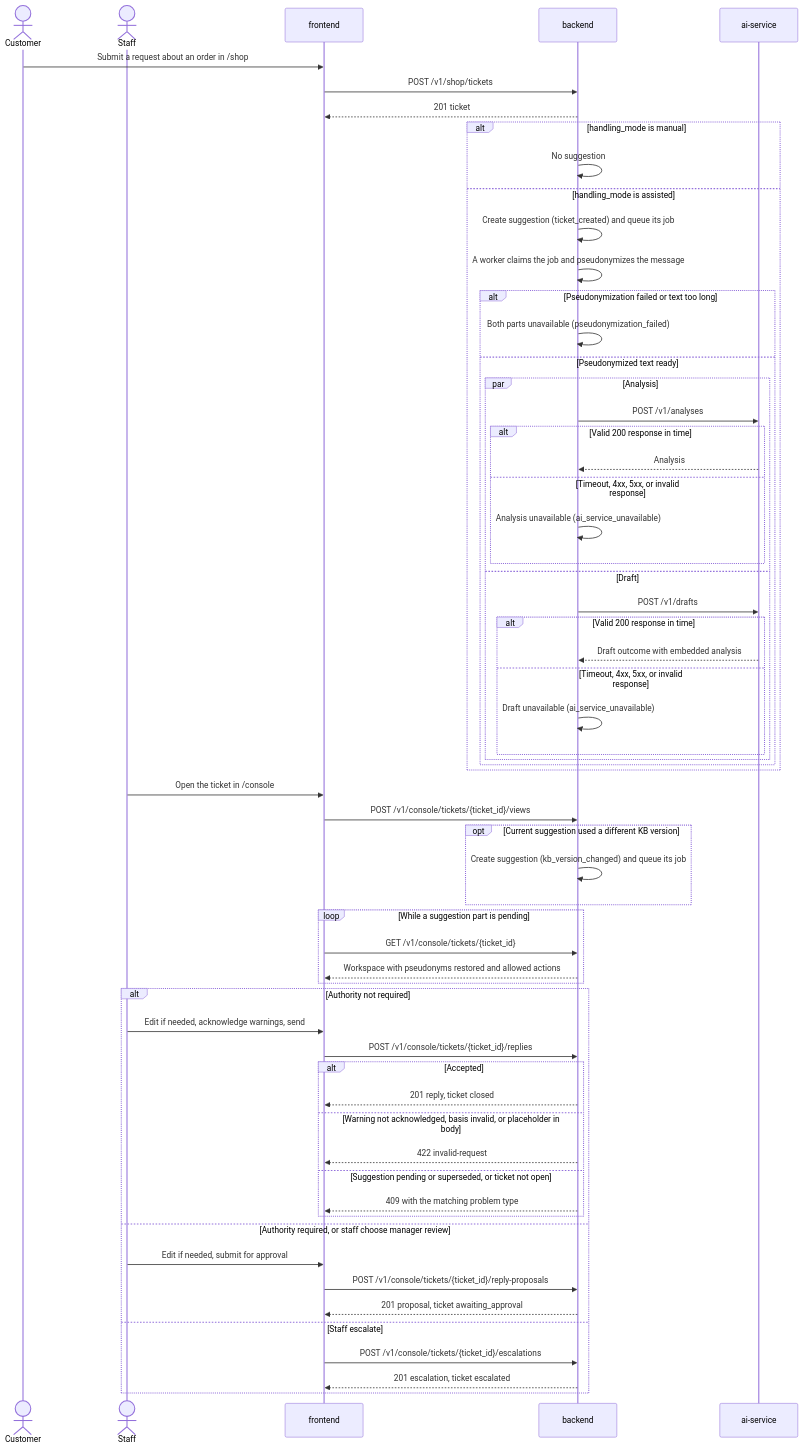
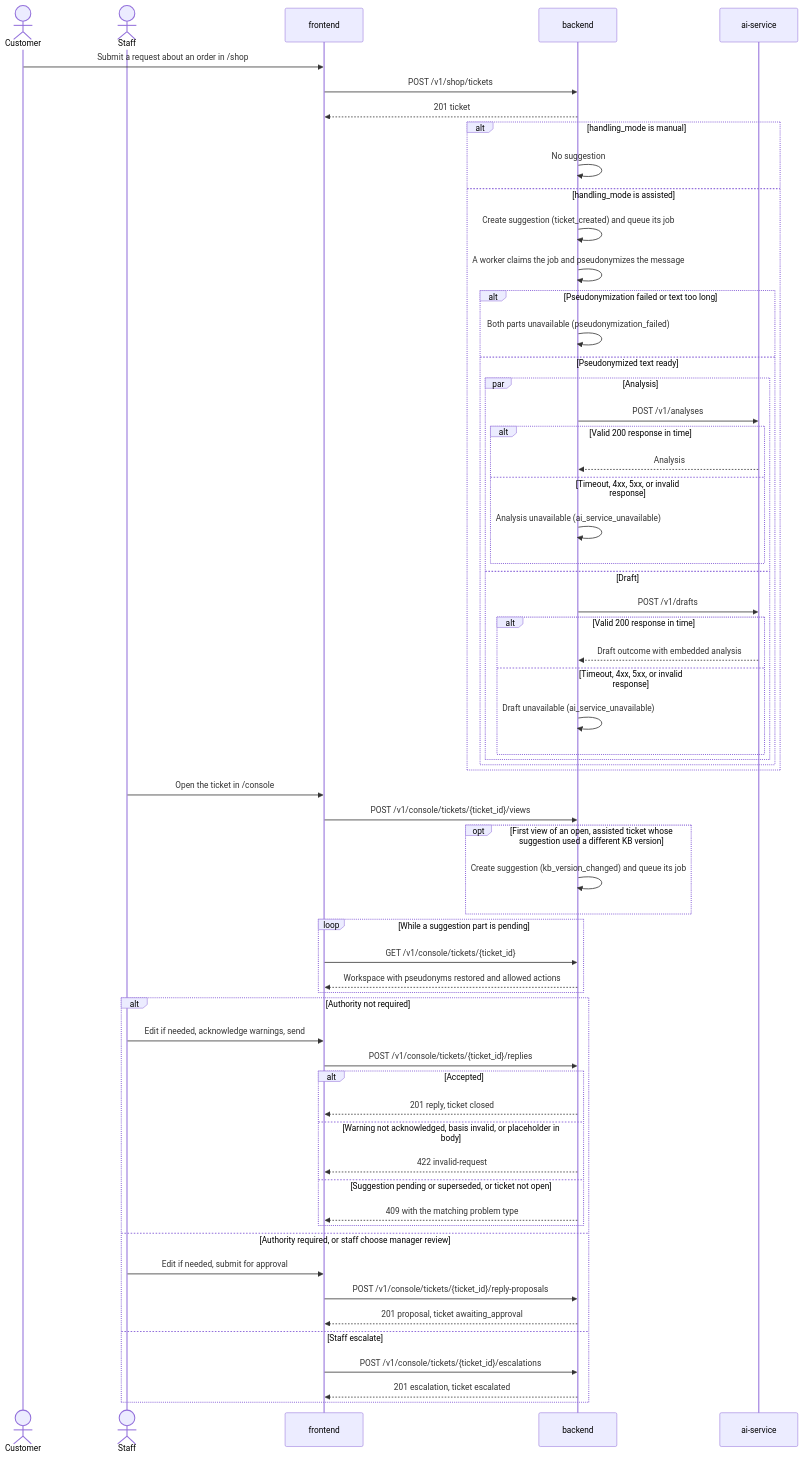
The second of 5 diagrams in docs/design/contracts-v1.md (ml-system-design-nhom-5/SupportIQ), drawn with Mermaid before and after one commit. The commit also changed other lines of this file and 19 other files, not shown here.

````diff
--- a/docs/design/contracts-v1.md
+++ b/docs/design/contracts-v1.md
@@ -204,64 +204,64 @@
 ```mermaid
 sequenceDiagram
     actor Customer
     actor Staff
     participant FE as frontend
     participant BE as backend
     participant AI as ai-service
 
     Customer->>FE: Submit a request about an order in /shop
     FE->>BE: POST /v1/shop/tickets
     BE-->>FE: 201 ticket
     alt handling_mode is manual
         BE->>BE: No suggestion
     else handling_mode is assisted
         BE->>BE: Create suggestion (ticket_created) and queue its job
         BE->>BE: A worker claims the job and pseudonymizes the message
         alt Pseudonymization failed or text too long
             BE->>BE: Both parts unavailable (pseudonymization_failed)
         else Pseudonymized text ready
             par Analysis
                 BE->>AI: POST /v1/analyses
                 alt Valid 200 response in time
                     AI-->>BE: Analysis
                 else Timeout, 4xx, 5xx, or invalid response
                     BE->>BE: Analysis unavailable (ai_service_unavailable)
                 end
             and Draft
                 BE->>AI: POST /v1/drafts
                 alt Valid 200 response in time
                     AI-->>BE: Draft outcome with embedded analysis
                 else Timeout, 4xx, 5xx, or invalid response
                     BE->>BE: Draft unavailable (ai_service_unavailable)
                 end
             end
         end
     end
     Staff->>FE: Open the ticket in /console
     FE->>BE: POST /v1/console/tickets/{ticket_id}/views
-    opt Current suggestion used a different KB version
+    opt First view of an open, assisted ticket whose suggestion used a different KB version
         BE->>BE: Create suggestion (kb_version_changed) and queue its job
     end
     loop While a suggestion part is pending
         FE->>BE: GET /v1/console/tickets/{ticket_id}
         BE-->>FE: Workspace with pseudonyms restored and allowed actions
     end
     alt Authority not required
         Staff->>FE: Edit if needed, acknowledge warnings, send
         FE->>BE: POST /v1/console/tickets/{ticket_id}/replies
         alt Accepted
             BE-->>FE: 201 reply, ticket closed
         else Warning not acknowledged, basis invalid, or placeholder in body
             BE-->>FE: 422 invalid-request
         else Suggestion pending or superseded, or ticket not open
             BE-->>FE: 409 with the matching problem type
         end
     else Authority required, or staff choose manager review
         Staff->>FE: Edit if needed, submit for approval
         FE->>BE: POST /v1/console/tickets/{ticket_id}/reply-proposals
         BE-->>FE: 201 proposal, ticket awaiting_approval
     else Staff escalate
         FE->>BE: POST /v1/console/tickets/{ticket_id}/escalations
         BE-->>FE: 201 escalation, ticket escalated
     end
 ```
````
